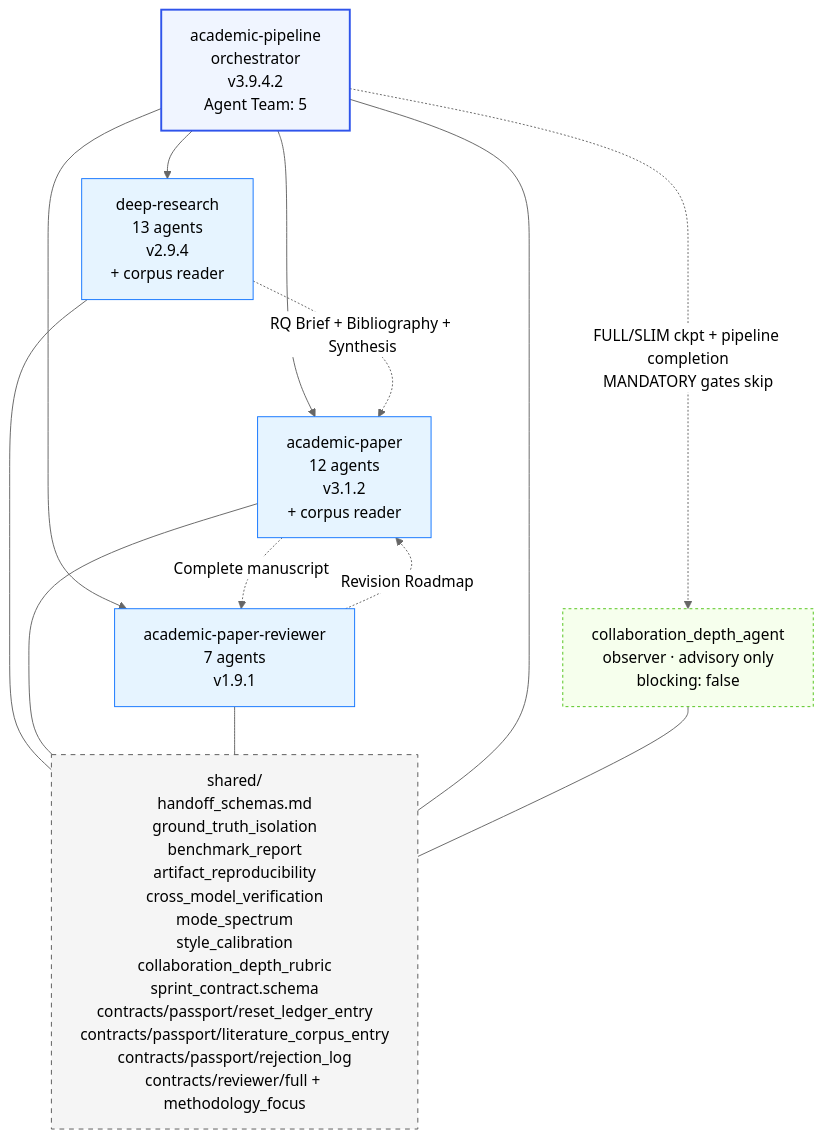
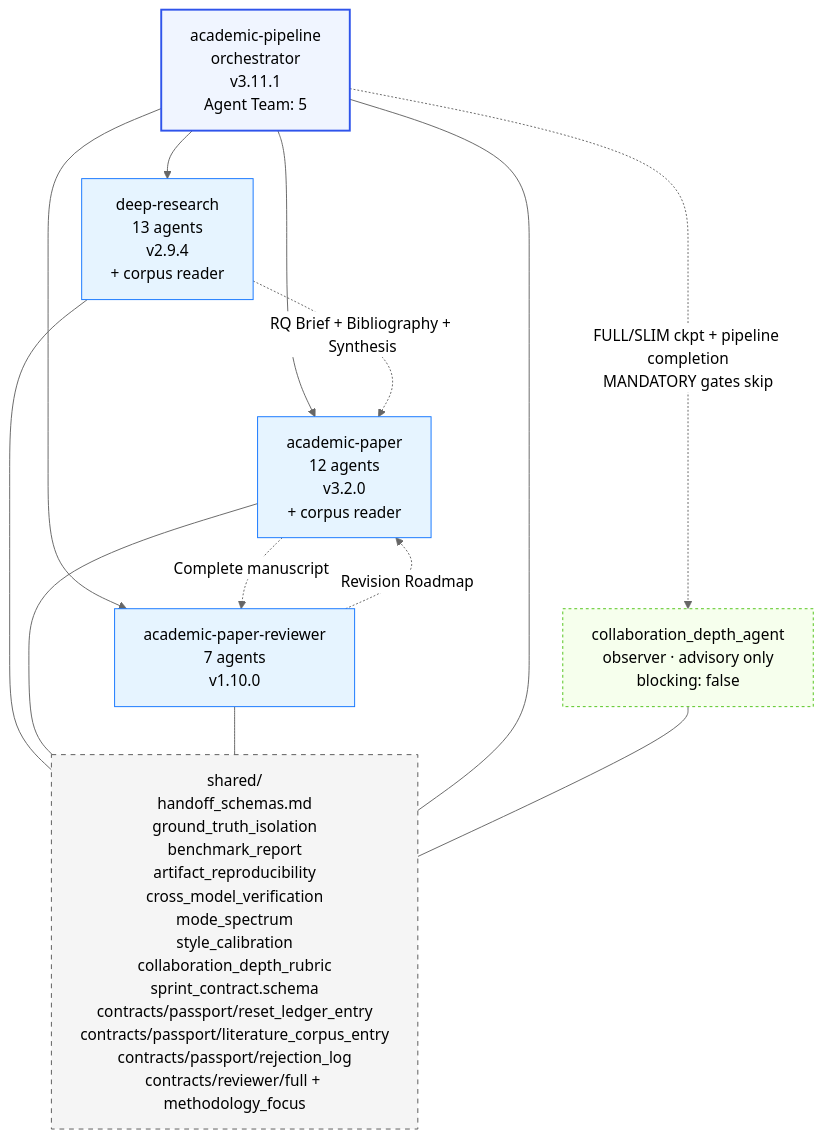
One commit to zzyu17/academic-research-skills-copilot-ads changed the fourth of 5 diagrams in docs/ARCHITECTURE.md. Above: the diagram before and after it, drawn with Mermaid (neutral theme). The commit also changed other lines of this file and 23 other files, not shown here.

````diff
--- a/docs/ARCHITECTURE.md
+++ b/docs/ARCHITECTURE.md
@@ -201,31 +201,31 @@
 ```mermaid
 graph TD
-    Pipeline[academic-pipeline<br/>orchestrator<br/>v3.9.4.2<br/>Agent Team: 5]
+    Pipeline[academic-pipeline<br/>orchestrator<br/>v3.11.1<br/>Agent Team: 5]
     Observer[collaboration_depth_agent<br/>observer · advisory only<br/>blocking: false]
     DR[deep-research<br/>13 agents<br/>v2.9.4<br/>+ corpus reader]
-    AP[academic-paper<br/>12 agents<br/>v3.1.2<br/>+ corpus reader]
-    APR[academic-paper-reviewer<br/>7 agents<br/>v1.9.1]
+    AP[academic-paper<br/>12 agents<br/>v3.2.0<br/>+ corpus reader]
+    APR[academic-paper-reviewer<br/>7 agents<br/>v1.10.0]
     Shared[shared/<br/>handoff_schemas.md<br/>ground_truth_isolation<br/>benchmark_report<br/>artifact_reproducibility<br/>cross_model_verification<br/>mode_spectrum<br/>style_calibration<br/>collaboration_depth_rubric<br/>sprint_contract.schema<br/>contracts/passport/reset_ledger_entry<br/>contracts/passport/literature_corpus_entry<br/>contracts/passport/rejection_log<br/>contracts/reviewer/full + methodology_focus]
 
     Pipeline --> DR
     Pipeline --> AP
     Pipeline --> APR
     Pipeline -. "FULL/SLIM ckpt + pipeline completion<br/>MANDATORY gates skip" .-> Observer
     DR -. "RQ Brief + Bibliography + Synthesis" .-> AP
     AP -. "Complete manuscript" .-> APR
     APR -. "Revision Roadmap" .-> AP
     DR --- Shared
     AP --- Shared
     APR --- Shared
     Pipeline --- Shared
     Observer --- Shared
 
     classDef orch fill:#f0f5ff,stroke:#2f54eb,stroke-width:2px
     classDef skill fill:#e6f4ff,stroke:#1677ff
     classDef shared fill:#f5f5f5,stroke:#595959,stroke-dasharray:5 5
     classDef observer fill:#f6ffed,stroke:#52c41a,stroke-dasharray:3 3
     class Pipeline orch
     class DR,AP,APR skill
     class Shared shared
     class Observer observer
 ```
````
